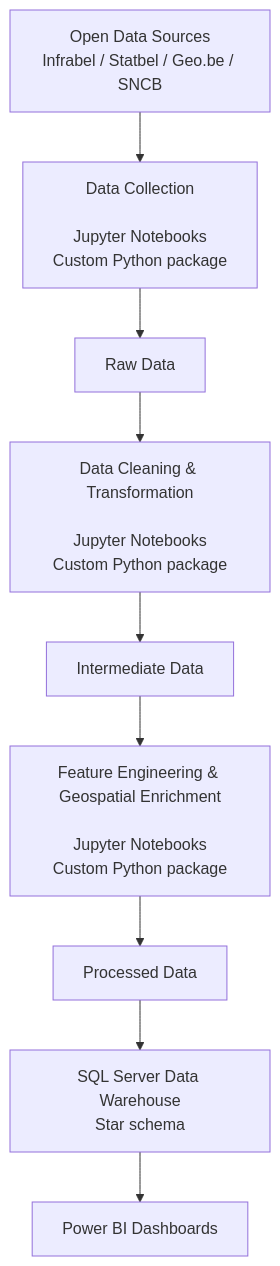
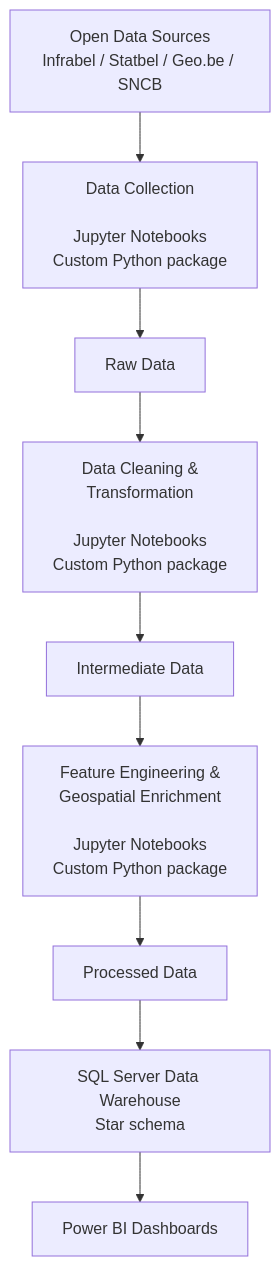
One commit to Michael-R-Salah-Data/infrabel-kpi-punctuality-analysis changed the first of 2 diagrams in README.md. Above: the diagram before and after it, drawn with Mermaid. The commit also changed other lines of this file, not shown here.

````diff
--- a/README.md
+++ b/README.md
@@ -120,30 +115,30 @@
 ```mermaid
 flowchart TD
 
 A[Open Data Sources<br>Infrabel / Statbel / Geo.be / SNCB]
 
 B[Data Collection<br><br>Jupyter Notebooks<br>Custom Python package]
 
 C[Raw Data<br>]
 
-D[Data Cleaning & Transformation<br><br>Jupyter Notebooks<br>Custom Python package]
+D[Data Cleaning &<br>Transformation<br><br>Jupyter Notebooks<br>Custom Python package]
 
 E[Intermediate Data<br>]
 
-F[Feature Engineering & Geospatial Enrichment<br><br>Jupyter Notebooks<br>Custom Python package]
+F[Feature Engineering &<br>Geospatial Enrichment<br><br>Jupyter Notebooks<br>Custom Python package]
 
 G[Processed Data<br>]
 
 H[SQL Server Data Warehouse<br>Star schema]
 
 I[Power BI Dashboards]
 
 A --> B
 B --> C
 C --> D
 D --> E
 E --> F
 F --> G
 G --> H
 H --> I
 ```
````
